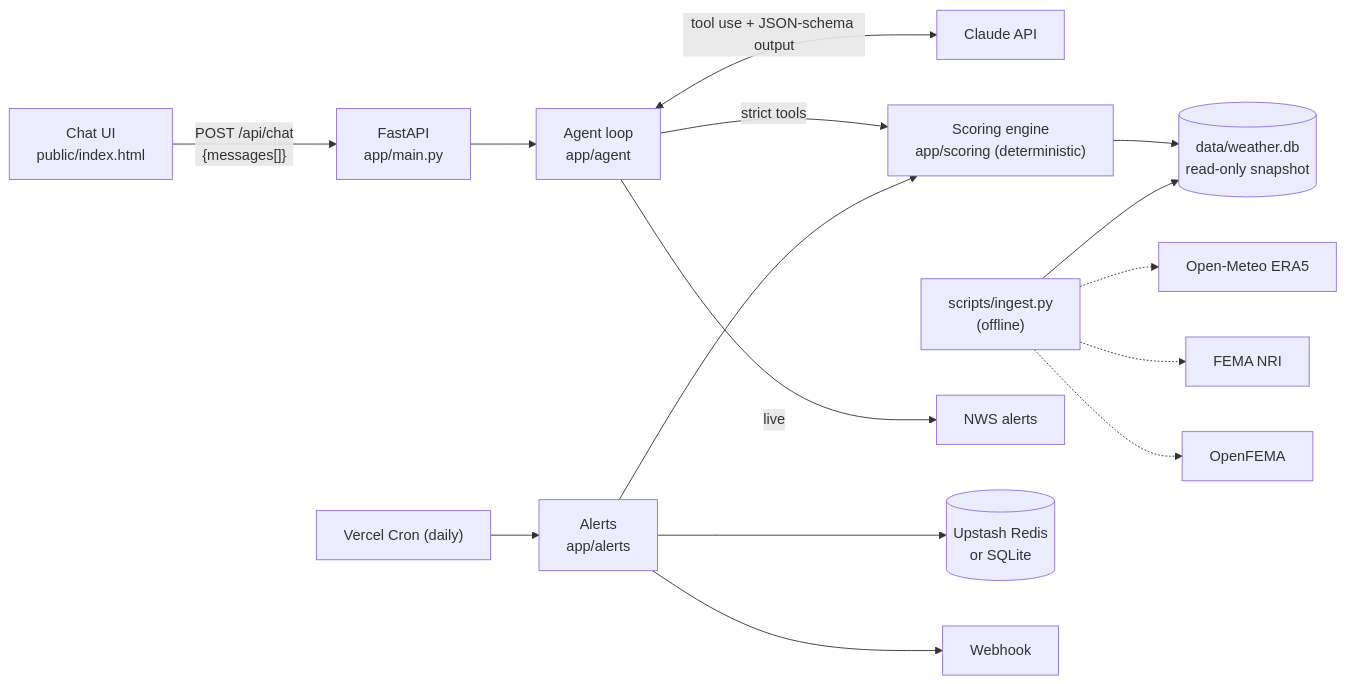
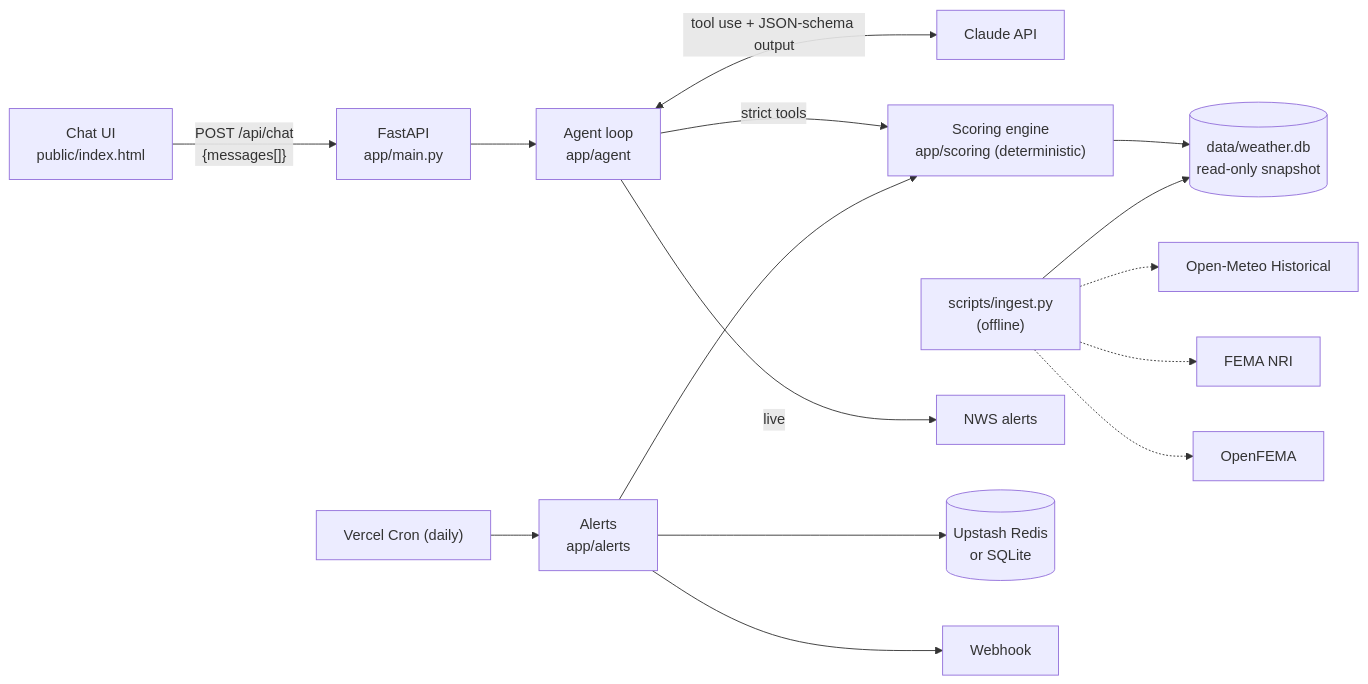
One commit to EladRab1106/MoveoAi changed the diagram in README.md. Above: the diagram before and after it, drawn with Mermaid. The commit also changed other lines of this file and 1 other file, not shown here.

First line of the commit message:
Docs: 17-case eval cost line; neutral Open-Meteo Historical wording

````diff
--- a/README.md
+++ b/README.md
@@ -59,14 +59,14 @@
 ```mermaid
 flowchart LR
   UI["Chat UI<br/>public/index.html"] -- "POST /api/chat<br/>{messages[]}" --> API["FastAPI<br/>app/main.py"]
   API --> AG["Agent loop<br/>app/agent"]
   AG <-- "tool use + JSON-schema output" --> CL["Claude API"]
   AG -- "strict tools" --> SE["Scoring engine<br/>app/scoring (deterministic)"]
   SE --> DB[("data/weather.db<br/>read-only snapshot")]
   ING["scripts/ingest.py<br/>(offline)"] --> DB
-  ING -.-> OM["Open-Meteo ERA5"] & NRI["FEMA NRI"] & OF["OpenFEMA"]
+  ING -.-> OM["Open-Meteo Historical"] & NRI["FEMA NRI"] & OF["OpenFEMA"]
   AG -- "live" --> NWS["NWS alerts"]
   CRON["Vercel Cron (daily)"] --> AL["Alerts<br/>app/alerts"] --> SE
   AL --> RS[("Upstash Redis<br/>or SQLite")]
   AL --> WH["Webhook"]
 ```
````
